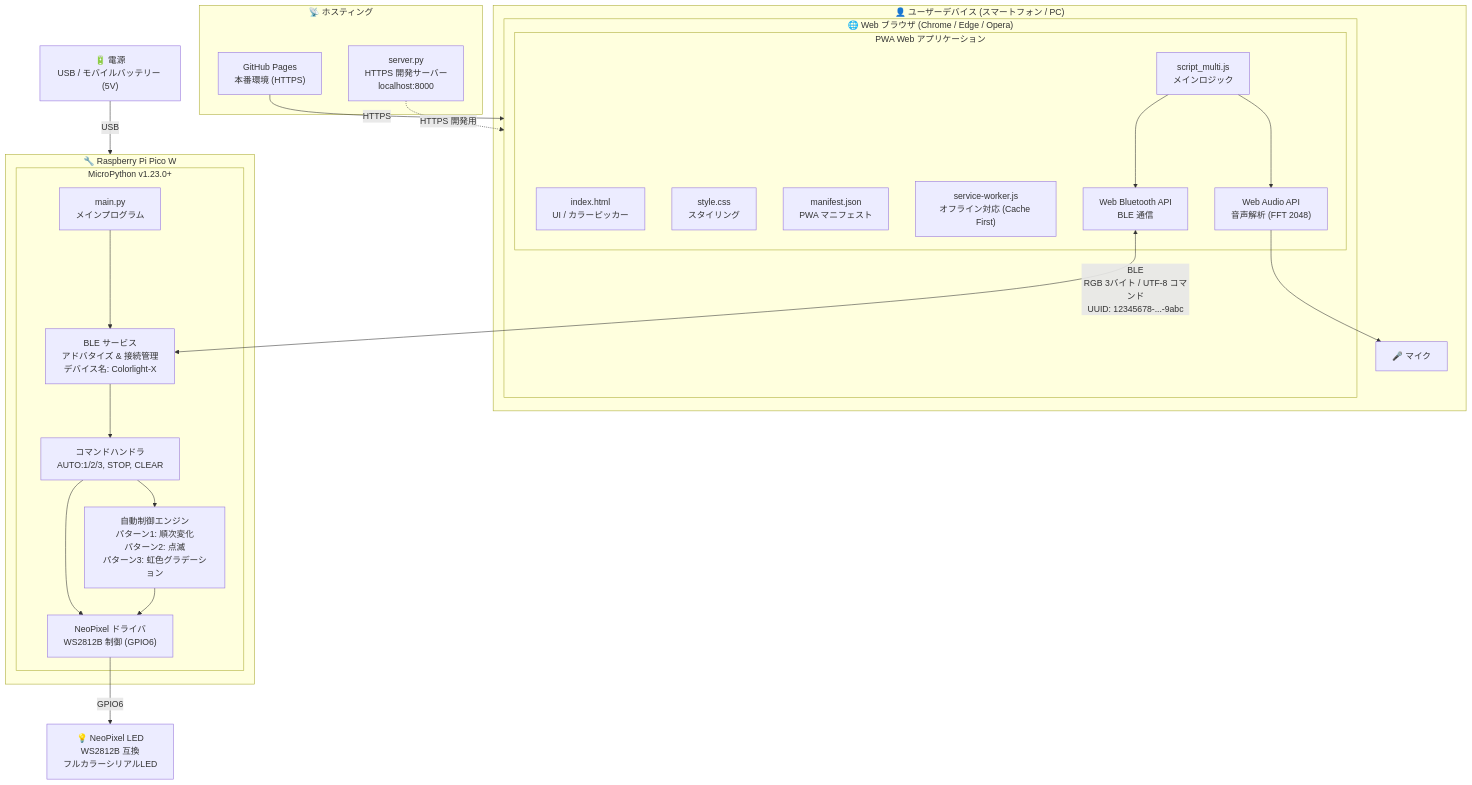
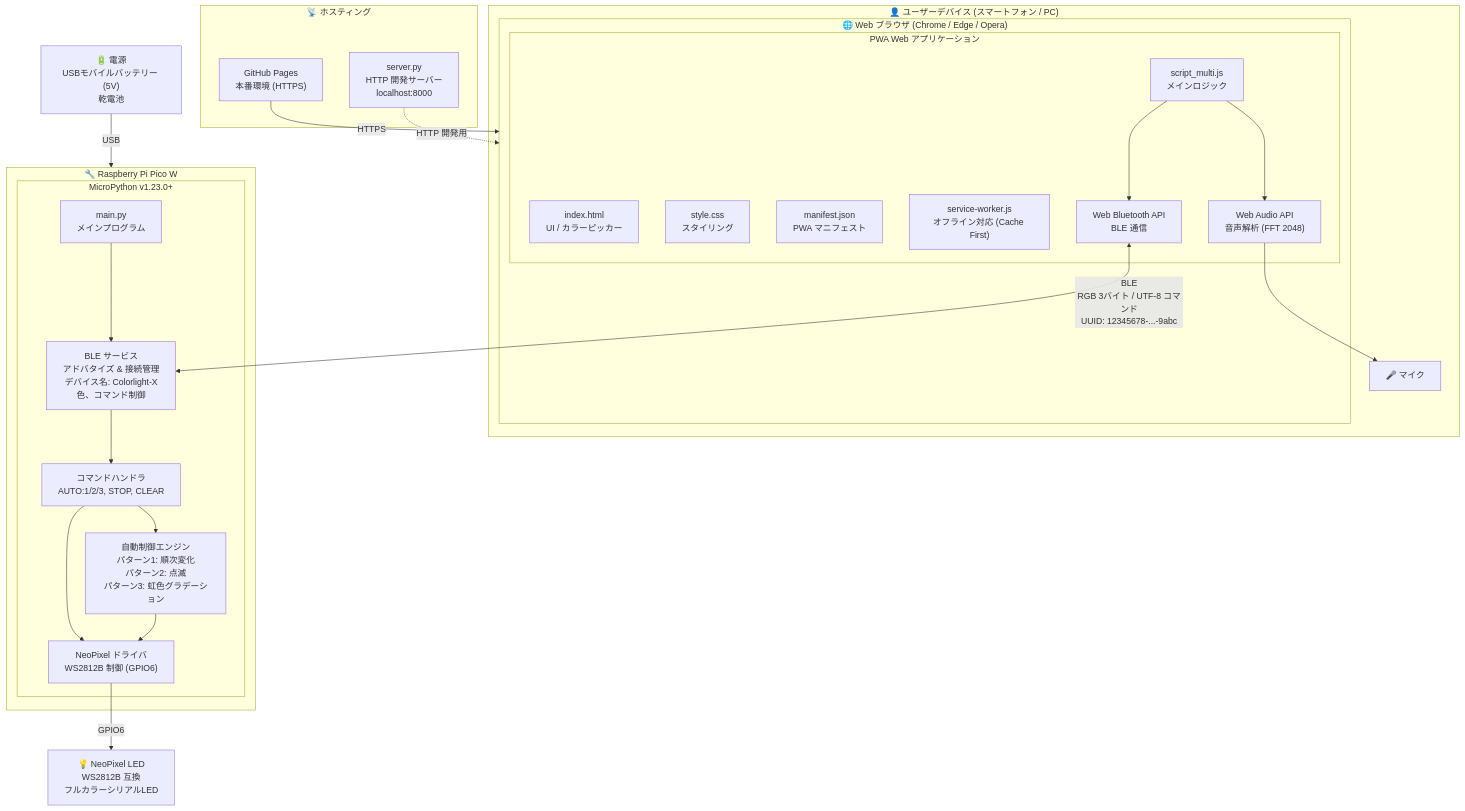
Before and after one commit to raspimoku/recipebook03_penlight: the diagram in docs/system-architecture.mmd, drawn with Mermaid. The commit also changed 2 other files, not shown here.

Commit message:
fix: system-architecture diagram

```diff
--- a/docs/system-architecture.mmd
+++ b/docs/system-architecture.mmd
@@ -1,49 +1,49 @@
 graph TB
     subgraph UserDevice["👤 ユーザーデバイス (スマートフォン / PC)"]
         subgraph Browser["🌐 Web ブラウザ (Chrome / Edge / Opera)"]
             subgraph PWA["PWA Web アプリケーション"]
                 HTML["index.html<br/>UI / カラーピッカー"]
                 CSS["style.css<br/>スタイリング"]
                 JS["script_multi.js<br/>メインロジック"]
                 Manifest["manifest.json<br/>PWA マニフェスト"]
                 SW["service-worker.js<br/>オフライン対応 (Cache First)"]
                 WebBT["Web Bluetooth API<br/>BLE 通信"]
                 WebAudio["Web Audio API<br/>音声解析 (FFT 2048)"]
             end
         end
         Mic["🎤 マイク"]
     end
 
     subgraph Hosting["📡 ホスティング"]
         GHPages["GitHub Pages<br/>本番環境 (HTTPS)"]
-        DevServer["server.py<br/>HTTPS 開発サーバー<br/>localhost:8000"]
+        DevServer["server.py<br/>HTTP 開発サーバー<br/>localhost:8000"]
     end
 
     subgraph PicoW["🔧 Raspberry Pi Pico W"]
         subgraph MicroPython["MicroPython v1.23.0+"]
             MainPy["main.py<br/>メインプログラム"]
-            BLEService["BLE サービス<br/>アドバタイズ & 接続管理<br/>デバイス名: Colorlight-X"]
+            BLEService["BLE サービス<br/>アドバタイズ & 接続管理<br/>デバイス名: Colorlight-X<br/>色、コマンド制御"]
             CmdHandler["コマンドハンドラ<br/>AUTO:1/2/3, STOP, CLEAR"]
             AutoCtrl["自動制御エンジン<br/>パターン1: 順次変化<br/>パターン2: 点滅<br/>パターン3: 虹色グラデーション"]
             NeoPixelDrv["NeoPixel ドライバ<br/>WS2812B 制御 (GPIO6)"]
         end
     end
 
     LED["💡 NeoPixel LED<br/>WS2812B 互換<br/>フルカラーシリアルLED"]
-    Power["🔋 電源<br/>USB / モバイルバッテリー (5V)"]
+    Power["🔋 電源<br/>USBモバイルバッテリー (5V)<br/>乾電池"]
 
     JS --> WebBT
     JS --> WebAudio
     WebAudio --> Mic
     GHPages -->|HTTPS| Browser
-    DevServer -.->|HTTPS 開発用| Browser
+    DevServer -.->|HTTP 開発用| Browser
 
     WebBT <-->|"BLE<br/>RGB 3バイト / UTF-8 コマンド<br/>UUID: 12345678-...-9abc"| BLEService
 
     MainPy --> BLEService
     BLEService --> CmdHandler
     CmdHandler --> NeoPixelDrv
     CmdHandler --> AutoCtrl
     AutoCtrl --> NeoPixelDrv
     NeoPixelDrv -->|GPIO6| LED
     Power -->|USB| PicoW
```
